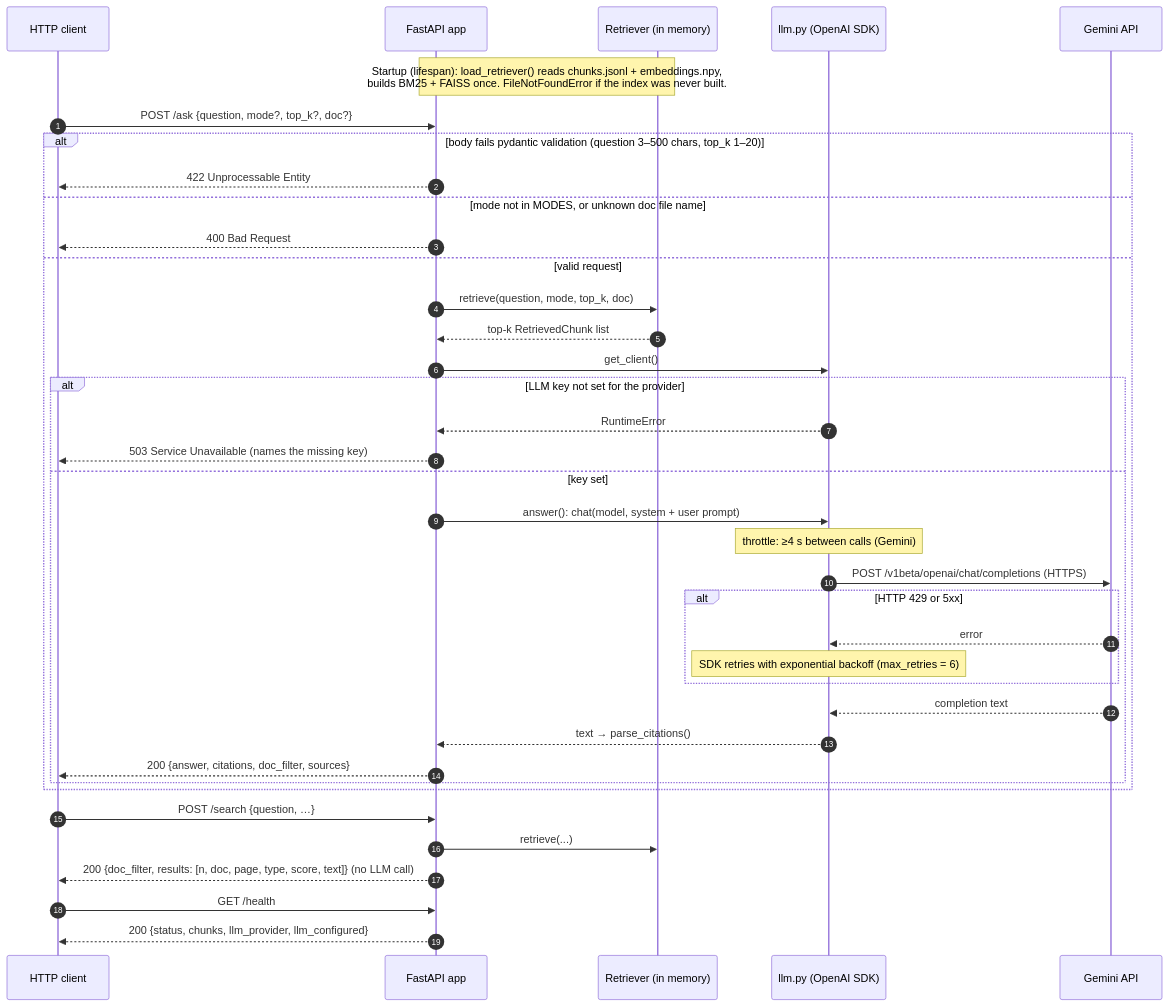
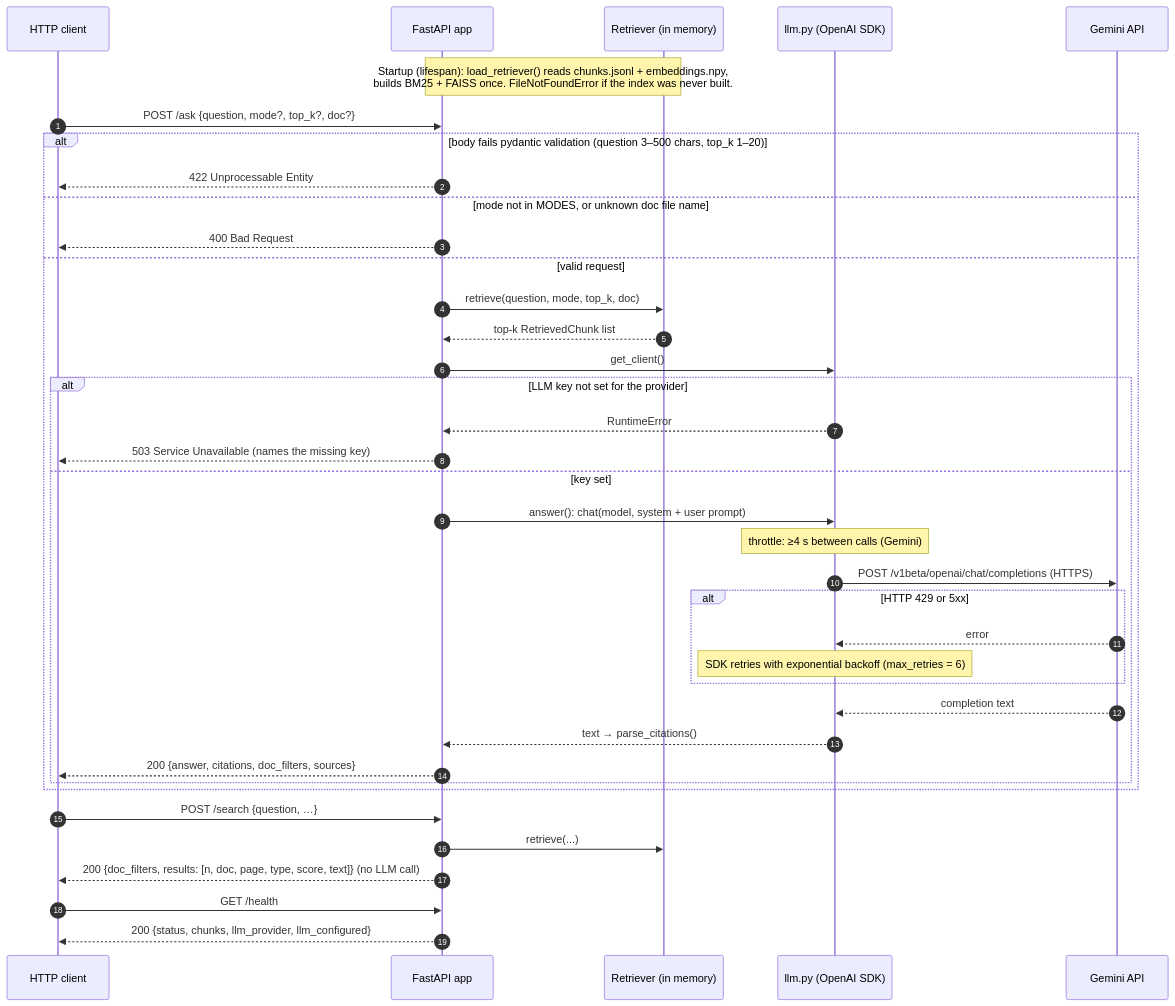
One commit to KSJanjua/finrag changed the fourth of 7 diagrams in docs/ARCHITECTURE.md. Above: the diagram before and after it, drawn with Mermaid. The commit also changed other lines of this file and 25 other files, not shown here.

````diff
--- a/docs/ARCHITECTURE.md
+++ b/docs/ARCHITECTURE.md
@@ -145,46 +150,46 @@
 ```mermaid
 %% 04 · REST API: request/response flow with error paths.
 %% Source of truth: src/finrag/api.py, retriever.py, llm.py, generate.py
 sequenceDiagram
     autonumber
     participant C as HTTP client
     participant A as FastAPI app
     participant R as Retriever (in memory)
     participant L as llm.py (OpenAI SDK)
     participant G as Gemini API
 
     Note over A,R: Startup (lifespan): load_retriever() reads chunks.jsonl + embeddings.npy,<br/>builds BM25 + FAISS once. FileNotFoundError if the index was never built.
 
     C->>A: POST /ask {question, mode?, top_k?, doc?}
     alt body fails pydantic validation (question 3–500 chars, top_k 1–20)
         A-->>C: 422 Unprocessable Entity
     else mode not in MODES, or unknown doc file name
         A-->>C: 400 Bad Request
     else valid request
         A->>R: retrieve(question, mode, top_k, doc)
         R-->>A: top-k RetrievedChunk list
         A->>L: get_client()
         alt LLM key not set for the provider
             L-->>A: RuntimeError
             A-->>C: 503 Service Unavailable (names the missing key)
         else key set
             A->>L: answer(): chat(model, system + user prompt)
             Note over L: throttle: ≥4 s between calls (Gemini)
             L->>G: POST /v1beta/openai/chat/completions (HTTPS)
             alt HTTP 429 or 5xx
                 G-->>L: error
                 Note over L: SDK retries with exponential backoff (max_retries = 6)
             end
             G-->>L: completion text
             L-->>A: text → parse_citations()
-            A-->>C: 200 {answer, citations, doc_filter, sources}
+            A-->>C: 200 {answer, citations, doc_filters, sources}
         end
     end
 
     C->>A: POST /search {question, …}
     A->>R: retrieve(...)
-    A-->>C: 200 {doc_filter, results: [n, doc, page, type, score, text]}  (no LLM call)
+    A-->>C: 200 {doc_filters, results: [n, doc, page, type, score, text]}  (no LLM call)
 
     C->>A: GET /health
     A-->>C: 200 {status, chunks, llm_provider, llm_configured}
 ```
````
